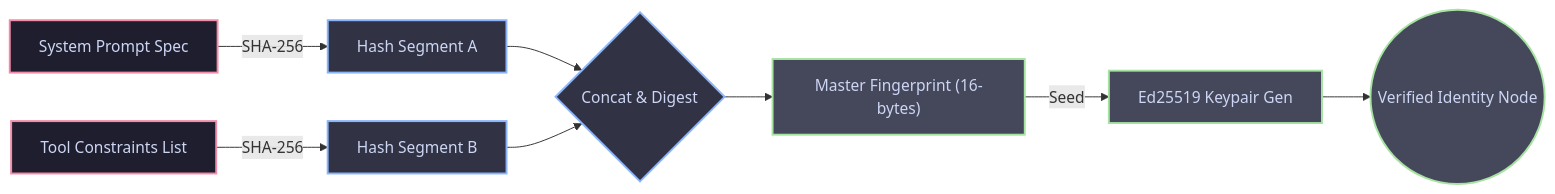
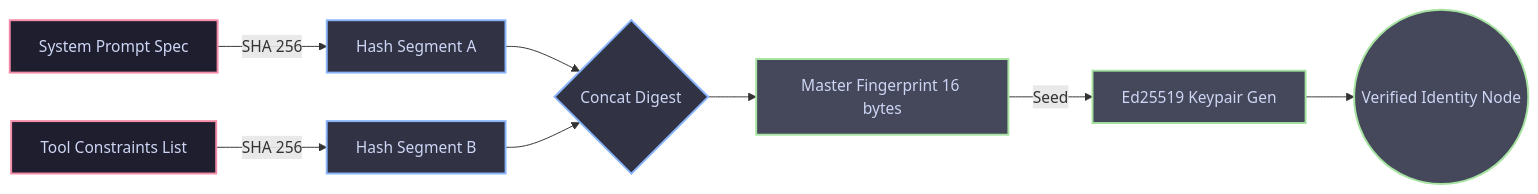
The third of 30 diagrams in README.md (MrDecryptDecipher/Agent-Trust), drawn with Mermaid before and after one commit. The commit also changed other lines of this file, not shown here.

````diff
--- a/README.md
+++ b/README.md
@@ -81,14 +81,14 @@
 ```mermaid
-graph LR
-    classDef in fill:#1e1e2e,stroke:#f38ba8,stroke-width:2px,color:#cdd6f4;
-    classDef hash fill:#313244,stroke:#89b4fa,stroke-width:2px,color:#cdd6f4;
-    classDef out fill:#45475a,stroke:#a6e3a1,stroke-width:2px,color:#cdd6f4;
+flowchart LR
+    classDef in fill:#1e1e2e,stroke:#f38ba8,stroke-width:2px,color:#cdd6f4
+    classDef hash fill:#313244,stroke:#89b4fa,stroke-width:2px,color:#cdd6f4
+    classDef out fill:#45475a,stroke:#a6e3a1,stroke-width:2px,color:#cdd6f4
 
-    P["System Prompt Spec"]:::in -->|SHA-256| X["Hash Segment A"]:::hash
-    T["Tool Constraints List"]:::in -->|SHA-256| Y["Hash Segment B"]:::hash
-    X --> Z{"Concat & Digest"}:::hash
+    P["System Prompt Spec"]:::in -->|SHA 256| X["Hash Segment A"]:::hash
+    T["Tool Constraints List"]:::in -->|SHA 256| Y["Hash Segment B"]:::hash
+    X --> Z{"Concat Digest"}:::hash
     Y --> Z
-    Z --> I["Master Fingerprint (16-bytes)"]:::out
-    I -- "Seed" --> K["Ed25519 Keypair Gen"]:::out
+    Z --> I["Master Fingerprint 16 bytes"]:::out
+    I -->|Seed| K["Ed25519 Keypair Gen"]:::out
     K --> O(("Verified Identity Node")):::out
 ```
````
